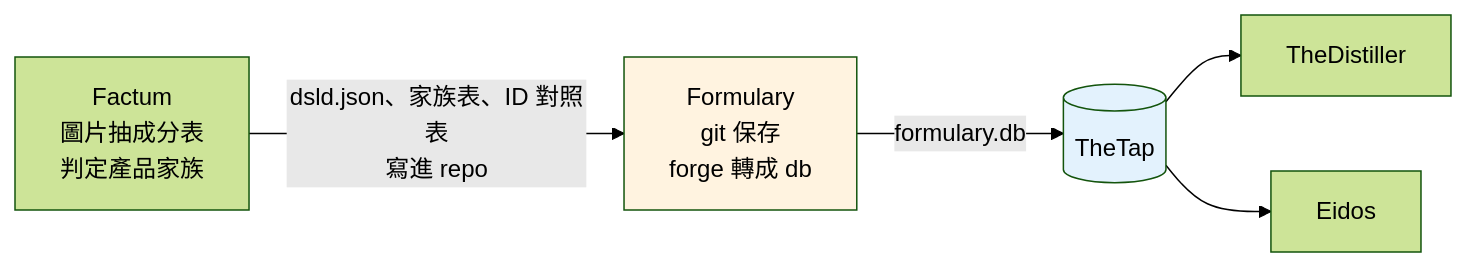
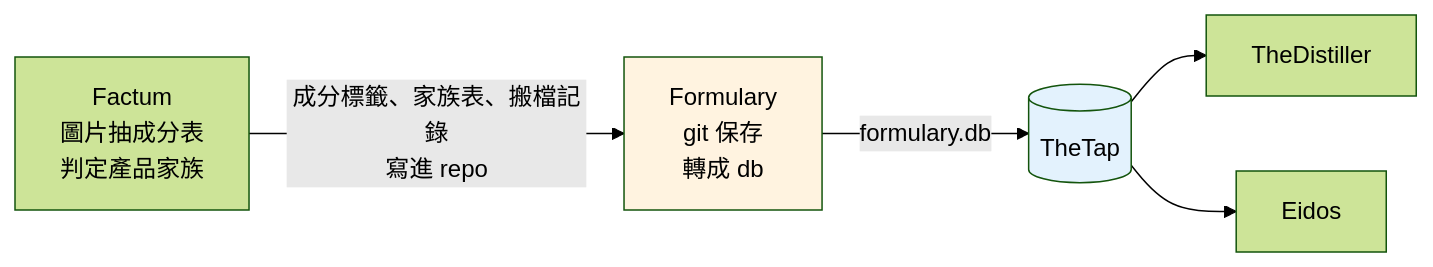
The diagram in projects/alchemymind/formulary.md (mapleelpam/LuminNexus-LearningMap), drawn with Mermaid (forest theme) before and after one commit. The commit also changed other lines of this file and 18 other files, not shown here.

````diff
--- a/projects/alchemymind/formulary.md
+++ b/projects/alchemymind/formulary.md
@@ -84,10 +84,10 @@
 ```mermaid
 graph LR
-    FA[Factum<br/>圖片抽成分表<br/>判定產品家族] -->|dsld.json、家族表、ID 對照表<br/>寫進 repo| FO[Formulary<br/>git 保存<br/>forge 轉成 db]
+    FA[Factum<br/>圖片抽成分表<br/>判定產品家族] -->|成分標籤、家族表、搬檔記錄<br/>寫進 repo| FO[Formulary<br/>git 保存<br/>轉成 db]
     FO -->|formulary.db| TAP[(TheTap)]
     TAP --> DI[TheDistiller]
     TAP --> EI[Eidos]
 
     style FO fill:#fff3e0
     style TAP fill:#e3f2fd
 ```
````
